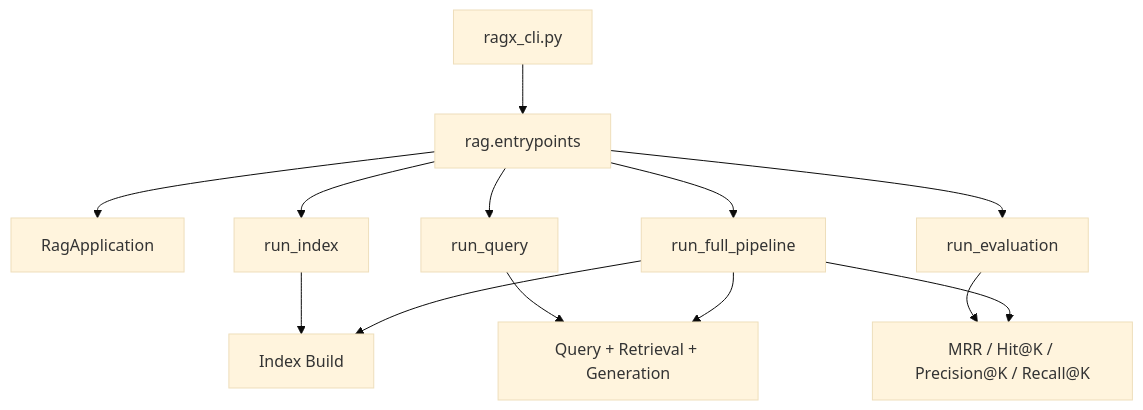
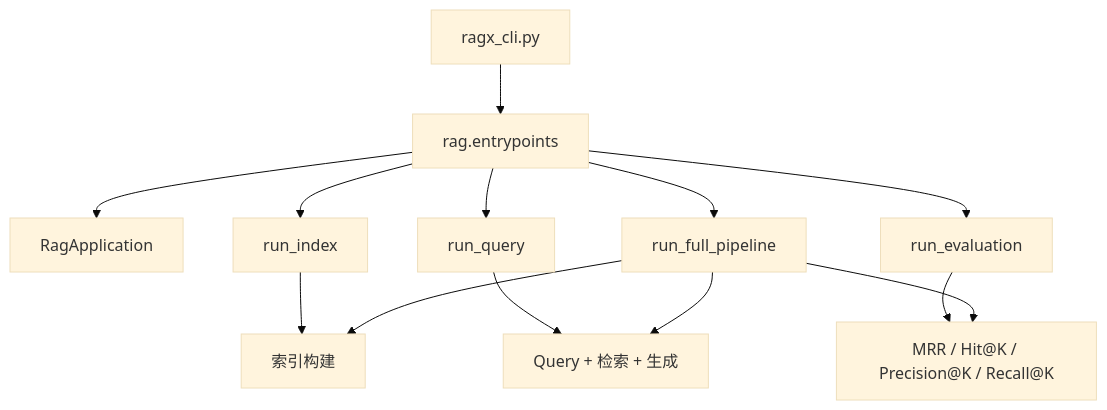
The diagram in docs/module-entrypoints.md (chaos-design/ragx), drawn with Mermaid (base theme) before and after one commit. The commit also changed other lines of this file and 1 other file, not shown here.

````diff
--- a/docs/module-entrypoints.md
+++ b/docs/module-entrypoints.md
@@ -23,21 +20,21 @@
 ```mermaid
 flowchart TB
     CLI[ragx_cli.py]
     API[rag.entrypoints]
     App[RagApplication]
 
     CLI --> API
     API --> App
 
     API --> IDX[run_index]
     API --> QRY[run_query]
     API --> EVA[run_evaluation]
     API --> RUN[run_full_pipeline]
 
-    IDX --> Build[Index Build]
-    QRY --> Query[Query + Retrieval + Generation]
+    IDX --> Build[索引构建]
+    QRY --> Query[Query + 检索 + 生成]
     EVA --> Metrics[MRR / Hit@K / Precision@K / Recall@K]
     RUN --> Build
     RUN --> Query
     RUN --> Metrics
 ```
````
